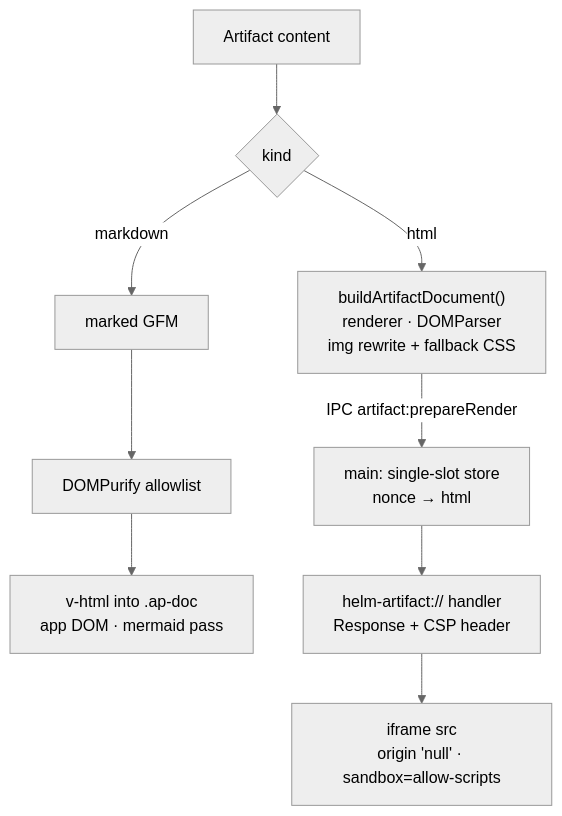
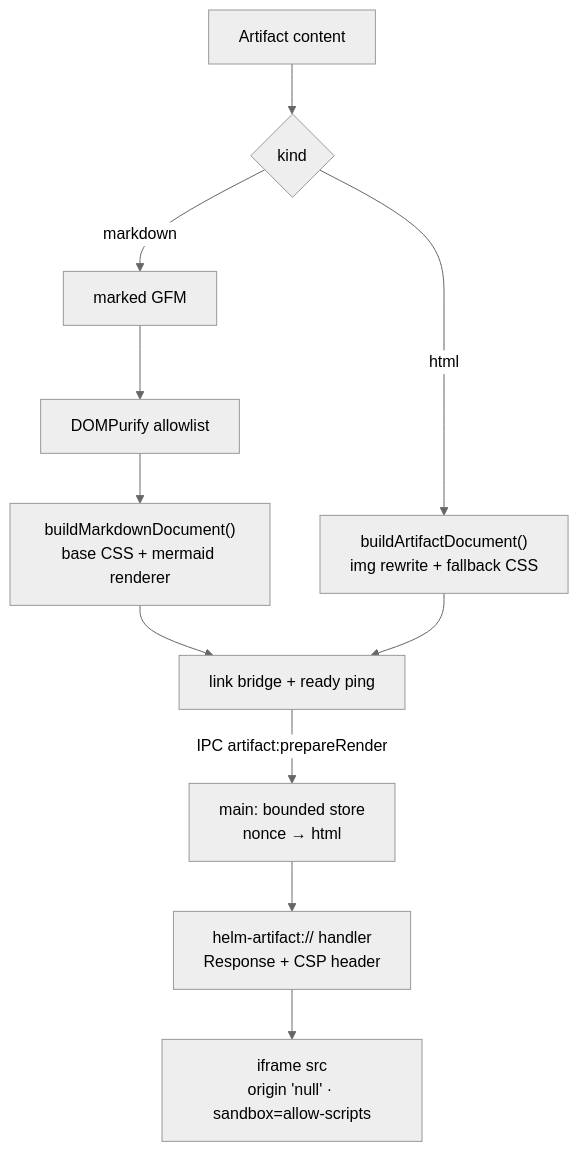
The second of 3 diagrams in docs/artifact-viewer.md (PetePeter/helm), drawn with Mermaid (neutral theme) before and after one commit. The commit also changed other lines of this file and 17 other files, not shown here.

First line of the commit message:
fix(artifacts): render markdown in the isolated frame; mermaid diagrams fixed

````diff
--- a/docs/artifact-viewer.md
+++ b/docs/artifact-viewer.md
@@ -232,9 +238,11 @@
 ```mermaid
 graph TB
     A[Artifact content] --> K{kind}
-    K -->|markdown| M[marked GFM] --> S[DOMPurify allowlist] --> V["v-html into .ap-doc<br/>app DOM · mermaid pass"]
-    K -->|html| B["buildArtifactDocument()<br/>renderer · DOMParser<br/>img rewrite + fallback CSS"]
-    B -->|"IPC artifact:prepareRender"| N["main: single-slot store<br/>nonce → html"]
+    K -->|markdown| M[marked GFM] --> S[DOMPurify allowlist] --> MD["buildMarkdownDocument()<br/>base CSS + mermaid renderer"]
+    K -->|html| B["buildArtifactDocument()<br/>img rewrite + fallback CSS"]
+    MD --> BR[link bridge + ready ping]
+    B --> BR
+    BR -->|"IPC artifact:prepareRender"| N["main: bounded store<br/>nonce → html"]
     N --> P["helm-artifact:// handler<br/>Response + CSP header"]
     P --> I["iframe src<br/>origin 'null' · sandbox=allow-scripts"]
 ```
````
